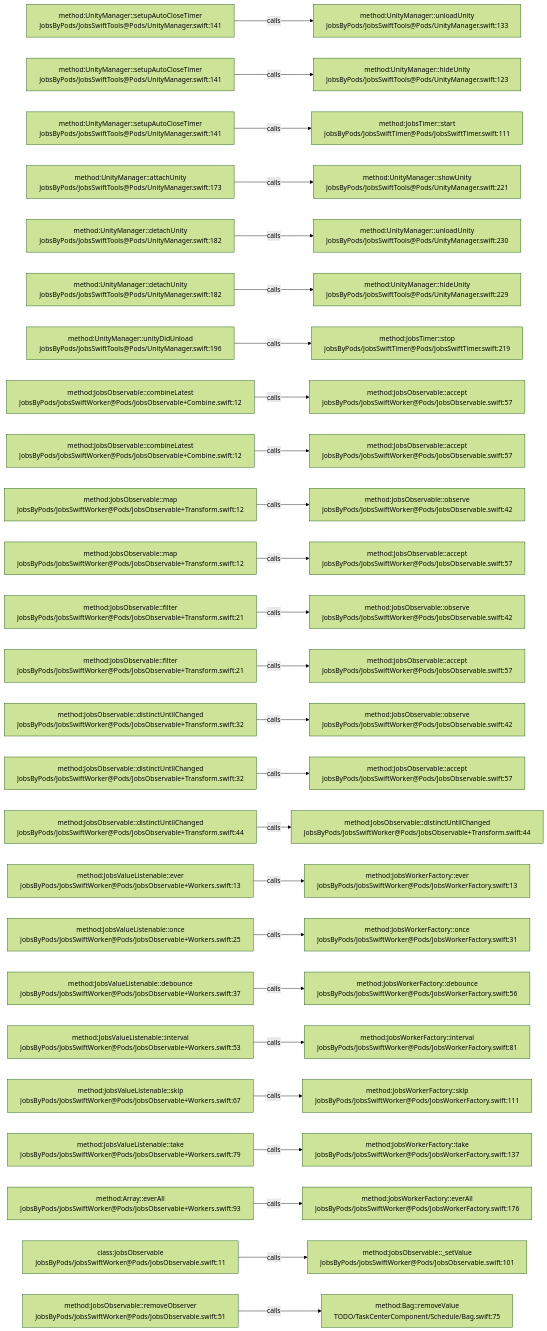
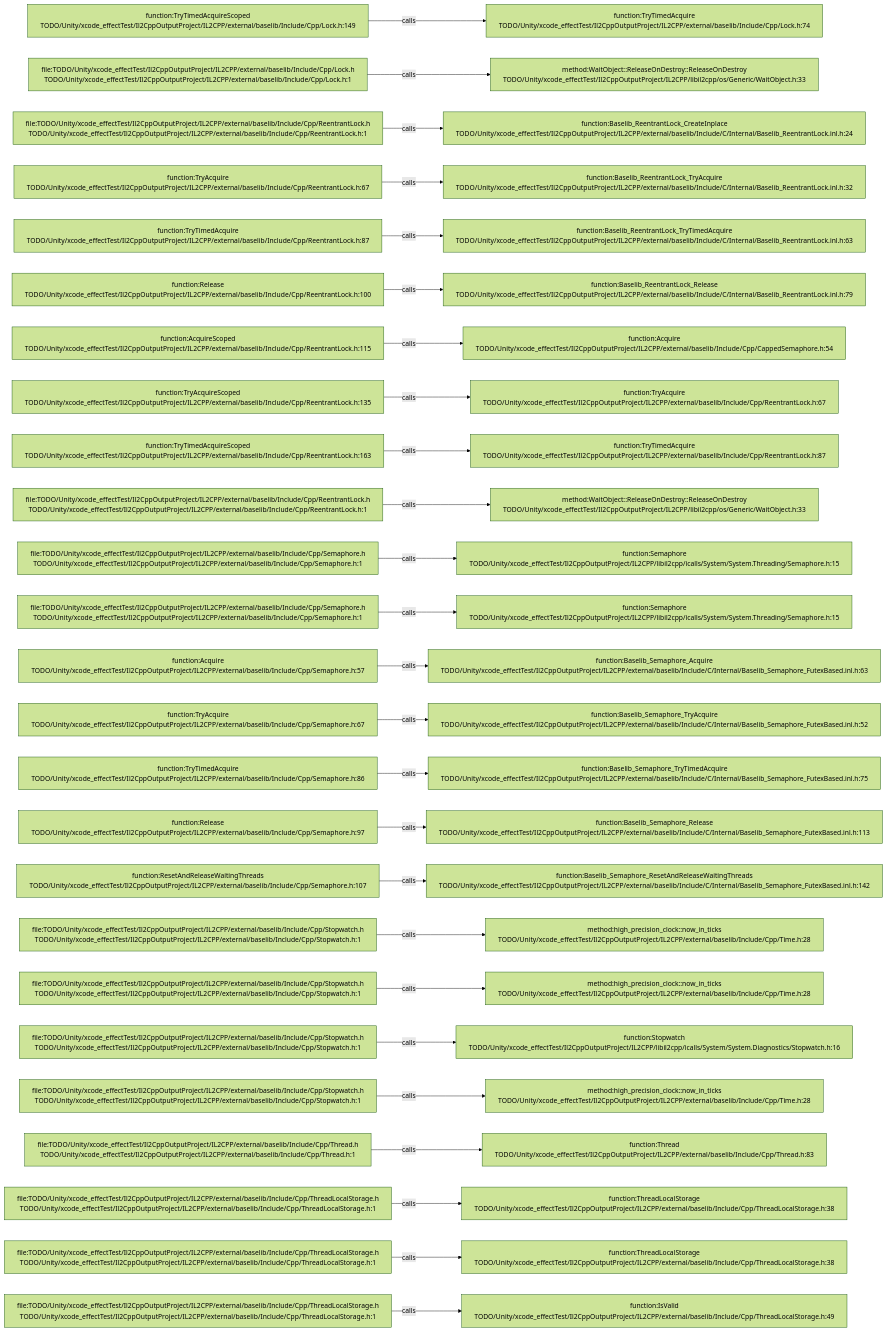
One commit to JobsKits/JobsSwiftBaseConfigDemo changed the diagram in .codegraph/codegraph.md/graphs/calls-068.md. Above: the diagram before and after it, drawn with Mermaid (forest theme). The commit also changed 227 other files, not shown here.

````diff
--- a/.codegraph/codegraph.md/graphs/calls-068.md
+++ b/.codegraph/codegraph.md/graphs/calls-068.md
@@ -13,78 +13,78 @@
 ```mermaid
 flowchart LR
-  S1["method:UnityManager::setupAutoCloseTimer<br/>JobsByPods/JobsSwiftTools@Pods/UnityManager.swift:141"]
-  T1["method:UnityManager::unloadUnity<br/>JobsByPods/JobsSwiftTools@Pods/UnityManager.swift:133"]
+  S1["function:TryTimedAcquireScoped<br/>TODO/Unity/xcode_effectTest/Il2CppOutputProject/IL2CPP/external/baselib/Include/Cpp/Lock.h:149"]
+  T1["function:TryTimedAcquire<br/>TODO/Unity/xcode_effectTest/Il2CppOutputProject/IL2CPP/external/baselib/Include/Cpp/Lock.h:74"]
   S1 -->|calls| T1
-  S2["method:UnityManager::setupAutoCloseTimer<br/>JobsByPods/JobsSwiftTools@Pods/UnityManager.swift:141"]
-  T2["method:UnityManager::hideUnity<br/>JobsByPods/JobsSwiftTools@Pods/UnityManager.swift:123"]
+  S2["file:TODO/Unity/xcode_effectTest/Il2CppOutputProject/IL2CPP/external/baselib/Include/Cpp/Lock.h<br/>TODO/Unity/xcode_effectTest/Il2CppOutputProject/IL2CPP/external/baselib/Include/Cpp/Lock.h:1"]
+  T2["method:WaitObject::ReleaseOnDestroy::ReleaseOnDestroy<br/>TODO/Unity/xcode_effectTest/Il2CppOutputProject/IL2CPP/libil2cpp/os/Generic/WaitObject.h:33"]
   S2 -->|calls| T2
-  S3["method:UnityManager::setupAutoCloseTimer<br/>JobsByPods/JobsSwiftTools@Pods/UnityManager.swift:141"]
-  T3["method:JobsTimer::start<br/>JobsByPods/JobsSwiftTimer@Pods/JobsSwiftTimer.swift:111"]
+  S3["file:TODO/Unity/xcode_effectTest/Il2CppOutputProject/IL2CPP/external/baselib/Include/Cpp/ReentrantLock.h<br/>TODO/Unity/xcode_effectTest/Il2CppOutputProject/IL2CPP/external/baselib/Include/Cpp/ReentrantLock.h:1"]
+  T3["function:Baselib_ReentrantLock_CreateInplace<br/>TODO/Unity/xcode_effectTest/Il2CppOutputProject/IL2CPP/external/baselib/Include/C/Internal/Baselib_ReentrantLock.inl.h:24"]
   S3 -->|calls| T3
-  S4["method:UnityManager::attachUnity<br/>JobsByPods/JobsSwiftTools@Pods/UnityManager.swift:173"]
-  T4["method:UnityManager::showUnity<br/>JobsByPods/JobsSwiftTools@Pods/UnityManager.swift:221"]
+  S4["function:TryAcquire<br/>TODO/Unity/xcode_effectTest/Il2CppOutputProject/IL2CPP/external/baselib/Include/Cpp/ReentrantLock.h:67"]
+  T4["function:Baselib_ReentrantLock_TryAcquire<br/>TODO/Unity/xcode_effectTest/Il2CppOutputProject/IL2CPP/external/baselib/Include/C/Internal/Baselib_ReentrantLock.inl.h:32"]
   S4 -->|calls| T4
-  S5["method:UnityManager::detachUnity<br/>JobsByPods/JobsSwiftTools@Pods/UnityManager.swift:182"]
-  T5["method:UnityManager::unloadUnity<br/>JobsByPods/JobsSwiftTools@Pods/UnityManager.swift:230"]
+  S5["function:TryTimedAcquire<br/>TODO/Unity/xcode_effectTest/Il2CppOutputProject/IL2CPP/external/baselib/Include/Cpp/ReentrantLock.h:87"]
+  T5["function:Baselib_ReentrantLock_TryTimedAcquire<br/>TODO/Unity/xcode_effectTest/Il2CppOutputProject/IL2CPP/external/baselib/Include/C/Internal/Baselib_ReentrantLock.inl.h:63"]
   S5 -->|calls| T5
-  S6["method:UnityManager::detachUnity<br/>JobsByPods/JobsSwiftTools@Pods/UnityManager.swift:182"]
-  T6["method:UnityManager::hideUnity<br/>JobsByPods/JobsSwiftTools@Pods/UnityManager.swift:229"]
+  S6["function:Release<br/>TODO/Unity/xcode_effectTest/Il2CppOutputProject/IL2CPP/external/baselib/Include/Cpp/ReentrantLock.h:100"]
+  T6["function:Baselib_ReentrantLock_Release<br/>TODO/Unity/xcode_effectTest/Il2CppOutputProject/IL2CPP/external/baselib/Include/C/Internal/Baselib_ReentrantLock.inl.h:79"]
   S6 -->|calls| T6
-  S7["method:UnityManager::unityDidUnload<br/>JobsByPods/JobsSwiftTools@Pods/UnityManager.swift:196"]
-  T7["method:JobsTimer::stop<br/>JobsByPods/JobsSwiftTimer@Pods/JobsSwiftTimer.swift:219"]
+  S7["function:AcquireScoped<br/>TODO/Unity/xcode_effectTest/Il2CppOutputProject/IL2CPP/external/baselib/Include/Cpp/ReentrantLock.h:115"]
+  T7["function:Acquire<br/>TODO/Unity/xcode_effectTest/Il2CppOutputProject/IL2CPP/external/baselib/Include/Cpp/CappedSemaphore.h:54"]
   S7 -->|calls| T7
-  S8["method:JobsObservable::combineLatest<br/>JobsByPods/JobsSwiftWorker@Pods/JobsObservable+Combine.swift:12"]
-  T8["method:JobsObservable::accept<br/>JobsByPods/JobsSwiftWorker@Pods/JobsObservable.swift:57"]
+  S8["function:TryAcquireScoped<br/>TODO/Unity/xcode_effectTest/Il2CppOutputProject/IL2CPP/external/baselib/Include/Cpp/ReentrantLock.h:135"]
+  T8["function:TryAcquire<br/>TODO/Unity/xcode_effectTest/Il2CppOutputProject/IL2CPP/external/baselib/Include/Cpp/ReentrantLock.h:67"]
   S8 -->|calls| T8
-  S9["method:JobsObservable::combineLatest<br/>JobsByPods/JobsSwiftWorker@Pods/JobsObservable+Combine.swift:12"]
-  T9["method:JobsObservable::accept<br/>JobsByPods/JobsSwiftWorker@Pods/JobsObservable.swift:57"]
+  S9["function:TryTimedAcquireScoped<br/>TODO/Unity/xcode_effectTest/Il2CppOutputProject/IL2CPP/external/baselib/Include/Cpp/ReentrantLock.h:163"]
+  T9["function:TryTimedAcquire<br/>TODO/Unity/xcode_effectTest/Il2CppOutputProject/IL2CPP/external/baselib/Include/Cpp/ReentrantLock.h:87"]
   S9 -->|calls| T9
-  S10["method:JobsObservable::map<br/>JobsByPods/JobsSwiftWorker@Pods/JobsObservable+Transform.swift:12"]
-  T10["method:JobsObservable::observe<br/>JobsByPods/JobsSwiftWorker@Pods/JobsObservable.swift:42"]
+  S10["file:TODO/Unity/xcode_effectTest/Il2CppOutputProject/IL2CPP/external/baselib/Include/Cpp/ReentrantLock.h<br/>TODO/Unity/xcode_effectTest/Il2CppOutputProject/IL2CPP/external/baselib/Include/Cpp/ReentrantLock.h:1"]
+  T10["method:WaitObject::ReleaseOnDestroy::ReleaseOnDestroy<br/>TODO/Unity/xcode_effectTest/Il2CppOutputProject/IL2CPP/libil2cpp/os/Generic/WaitObject.h:33"]
   S10 -->|calls| T10
-  S11["method:JobsObservable::map<br/>JobsByPods/JobsSwiftWorker@Pods/JobsObservable+Transform.swift:12"]
-  T11["method:JobsObservable::accept<br/>JobsByPods/JobsSwiftWorker@Pods/JobsObservable.swift:57"]
+  S11["file:TODO/Unity/xcode_effectTest/Il2CppOutputProject/IL2CPP/external/baselib/Include/Cpp/Semaphore.h<br/>TODO/Unity/xcode_effectTest/Il2CppOutputProject/IL2CPP/external/baselib/Include/Cpp/Semaphore.h:1"]
+  T11["function:Semaphore<br/>TODO/Unity/xcode_effectTest/Il2CppOutputProject/IL2CPP/libil2cpp/icalls/System/System.Threading/Semaphore.h:15"]
   S11 -->|calls| T11
-  S12["method:JobsObservable::filter<br/>JobsByPods/JobsSwiftWorker@Pods/JobsObservable+Transform.swift:21"]
-  T12["method:JobsObservable::observe<br/>JobsByPods/JobsSwiftWorker@Pods/JobsObservable.swift:42"]
+  S12["file:TODO/Unity/xcode_effectTest/Il2CppOutputProject/IL2CPP/external/baselib/Include/Cpp/Semaphore.h<br/>TODO/Unity/xcode_effectTest/Il2CppOutputProject/IL2CPP/external/baselib/Include/Cpp/Semaphore.h:1"]
+  T12["function:Semaphore<br/>TODO/Unity/xcode_effectTest/Il2CppOutputProject/IL2CPP/libil2cpp/icalls/System/System.Threading/Semaphore.h:15"]
   S12 -->|calls| T12
-  S13["method:JobsObservable::filter<br/>JobsByPods/JobsSwiftWorker@Pods/JobsObservable+Transform.swift:21"]
-  T13["method:JobsObservable::accept<br/>JobsByPods/JobsSwiftWorker@Pods/JobsObservable.swift:57"]
+  S13["function:Acquire<br/>TODO/Unity/xcode_effectTest/Il2CppOutputProject/IL2CPP/external/baselib/Include/Cpp/Semaphore.h:57"]
+  T13["function:Baselib_Semaphore_Acquire<br/>TODO/Unity/xcode_effectTest/Il2CppOutputProject/IL2CPP/external/baselib/Include/C/Internal/Baselib_Semaphore_FutexBased.inl.h:63"]
   S13 -->|calls| T13
-  S14["method:JobsObservable::distinctUntilChanged<br/>JobsByPods/JobsSwiftWorker@Pods/JobsObservable+Transform.swift:32"]
-  T14["method:JobsObservable::observe<br/>JobsByPods/JobsSwiftWorker@Pods/JobsObservable.swift:42"]
+  S14["function:TryAcquire<br/>TODO/Unity/xcode_effectTest/Il2CppOutputProject/IL2CPP/external/baselib/Include/Cpp/Semaphore.h:67"]
+  T14["function:Baselib_Semaphore_TryAcquire<br/>TODO/Unity/xcode_effectTest/Il2CppOutputProject/IL2CPP/external/baselib/Include/C/Internal/Baselib_Semaphore_FutexBased.inl.h:52"]
   S14 -->|calls| T14
-  S15["method:JobsObservable::distinctUntilChanged<br/>JobsByPods/JobsSwiftWorker@Pods/JobsObservable+Transform.swift:32"]
-  T15["method:JobsObservable::accept<br/>JobsByPods/JobsSwiftWorker@Pods/JobsObservable.swift:57"]
+  S15["function:TryTimedAcquire<br/>TODO/Unity/xcode_effectTest/Il2CppOutputProject/IL2CPP/external/baselib/Include/Cpp/Semaphore.h:86"]
+  T15["function:Baselib_Semaphore_TryTimedAcquire<br/>TODO/Unity/xcode_effectTest/Il2CppOutputProject/IL2CPP/external/baselib/Include/C/Internal/Baselib_Semaphore_FutexBased.inl.h:75"]
   S15 -->|calls| T15
-  S16["method:JobsObservable::distinctUntilChanged<br/>JobsByPods/JobsSwiftWorker@Pods/JobsObservable+Transform.swift:44"]
-  T16["method:JobsObservable::distinctUntilChanged<br/>JobsByPods/JobsSwiftWorker@Pods/JobsObservable+Transform.swift:44"]
+  S16["function:Release<br/>TODO/Unity/xcode_effectTest/Il2CppOutputProject/IL2CPP/external/baselib/Include/Cpp/Semaphore.h:97"]
+  T16["function:Baselib_Semaphore_Release<br/>TODO/Unity/xcode_effectTest/Il2CppOutputProject/IL2CPP/external/baselib/Include/C/Internal/Baselib_Semaphore_FutexBased.inl.h:113"]
   S16 -->|calls| T16
-  S17["method:JobsValueListenable::ever<br/>JobsByPods/JobsSwiftWorker@Pods/JobsObservable+Workers.swift:13"]
-  T17["method:JobsWorkerFactory::ever<br/>JobsByPods/JobsSwiftWorker@Pods/JobsWorkerFactory.swift:13"]
+  S17["function:ResetAndReleaseWaitingThreads<br/>TODO/Unity/xcode_effectTest/Il2CppOutputProject/IL2CPP/external/baselib/Include/Cpp/Semaphore.h:107"]
+  T17["function:Baselib_Semaphore_ResetAndReleaseWaitingThreads<br/>TODO/Unity/xcode_effectTest/Il2CppOutputProject/IL2CPP/external/baselib/Include/C/Internal/Baselib_Semaphore_FutexBased.inl.h:142"]
   S17 -->|calls| T17
-  S18["method:JobsValueListenable::once<br/>JobsByPods/JobsSwiftWorker@Pods/JobsObservable+Workers.swift:25"]
-  T18["method:JobsWorkerFactory::once<br/>JobsByPods/JobsSwiftWorker@Pods/JobsWorkerFactory.swift:31"]
+  S18["file:TODO/Unity/xcode_effectTest/Il2CppOutputProject/IL2CPP/external/baselib/Include/Cpp/Stopwatch.h<br/>TODO/Unity/xcode_effectTest/Il2CppOutputProject/IL2CPP/external/baselib/Include/Cpp/Stopwatch.h:1"]
+  T18["method:high_precision_clock::now_in_ticks<br/>TODO/Unity/xcode_effectTest/Il2CppOutputProject/IL2CPP/external/baselib/Include/Cpp/Time.h:28"]
   S18 -->|calls| T18
-  S19["method:JobsValueListenable::debounce<br/>JobsByPods/JobsSwiftWorker@Pods/JobsObservable+Workers.swift:37"]
-  T19["method:JobsWorkerFactory::debounce<br/>JobsByPods/JobsSwiftWorker@Pods/JobsWorkerFactory.swift:56"]
+  S19["file:TODO/Unity/xcode_effectTest/Il2CppOutputProject/IL2CPP/external/baselib/Include/Cpp/Stopwatch.h<br/>TODO/Unity/xcode_effectTest/Il2CppOutputProject/IL2CPP/external/baselib/Include/Cpp/Stopwatch.h:1"]
+  T19["method:high_precision_clock::now_in_ticks<br/>TODO/Unity/xcode_effectTest/Il2CppOutputProject/IL2CPP/external/baselib/Include/Cpp/Time.h:28"]
   S19 -->|calls| T19
-  S20["method:JobsValueListenable::interval<br/>JobsByPods/JobsSwiftWorker@Pods/JobsObservable+Workers.swift:53"]
-  T20["method:JobsWorkerFactory::interval<br/>JobsByPods/JobsSwiftWorker@Pods/JobsWorkerFactory.swift:81"]
+  S20["file:TODO/Unity/xcode_effectTest/Il2CppOutputProject/IL2CPP/external/baselib/Include/Cpp/Stopwatch.h<br/>TODO/Unity/xcode_effectTest/Il2CppOutputProject/IL2CPP/external/baselib/Include/Cpp/Stopwatch.h:1"]
+  T20["function:Stopwatch<br/>TODO/Unity/xcode_effectTest/Il2CppOutputProject/IL2CPP/libil2cpp/icalls/System/System.Diagnostics/Stopwatch.h:16"]
   S20 -->|calls| T20
-  S21["method:JobsValueListenable::skip<br/>JobsByPods/JobsSwiftWorker@Pods/JobsObservable+Workers.swift:67"]
-  T21["method:JobsWorkerFactory::skip<br/>JobsByPods/JobsSwiftWorker@Pods/JobsWorkerFactory.swift:111"]
+  S21["file:TODO/Unity/xcode_effectTest/Il2CppOutputProject/IL2CPP/external/baselib/Include/Cpp/Stopwatch.h<br/>TODO/Unity/xcode_effectTest/Il2CppOutputProject/IL2CPP/external/baselib/Include/Cpp/Stopwatch.h:1"]
+  T21["method:high_precision_clock::now_in_ticks<br/>TODO/Unity/xcode_effectTest/Il2CppOutputProject/IL2CPP/external/baselib/Include/Cpp/Time.h:28"]
   S21 -->|calls| T21
-  S22["method:JobsValueListenable::take<br/>JobsByPods/JobsSwiftWorker@Pods/JobsObservable+Workers.swift:79"]
-  T22["method:JobsWorkerFactory::take<br/>JobsByPods/JobsSwiftWorker@Pods/JobsWorkerFactory.swift:137"]
+  S22["file:TODO/Unity/xcode_effectTest/Il2CppOutputProject/IL2CPP/external/baselib/Include/Cpp/Thread.h<br/>TODO/Unity/xcode_effectTest/Il2CppOutputProject/IL2CPP/external/baselib/Include/Cpp/Thread.h:1"]
+  T22["function:Thread<br/>TODO/Unity/xcode_effectTest/Il2CppOutputProject/IL2CPP/external/baselib/Include/Cpp/Thread.h:83"]
   S22 -->|calls| T22
-  S23["method:Array::everAll<br/>JobsByPods/JobsSwiftWorker@Pods/JobsObservable+Workers.swift:93"]
-  T23["method:JobsWorkerFactory::everAll<br/>JobsByPods/JobsSwiftWorker@Pods/JobsWorkerFactory.swift:176"]
+  S23["file:TODO/Unity/xcode_effectTest/Il2CppOutputProject/IL2CPP/external/baselib/Include/Cpp/ThreadLocalStorage.h<br/>TODO/Unity/xcode_effectTest/Il2CppOutputProject/IL2CPP/external/baselib/Include/Cpp/ThreadLocalStorage.h:1"]
+  T23["function:ThreadLocalStorage<br/>TODO/Unity/xcode_effectTest/Il2CppOutputProject/IL2CPP/external/baselib/Include/Cpp/ThreadLocalStorage.h:38"]
   S23 -->|calls| T23
-  S24["class:JobsObservable<br/>JobsByPods/JobsSwiftWorker@Pods/JobsObservable.swift:11"]
-  T24["method:JobsObservable::_setValue<br/>JobsByPods/JobsSwiftWorker@Pods/JobsObservable.swift:101"]
+  S24["file:TODO/Unity/xcode_effectTest/Il2CppOutputProject/IL2CPP/external/baselib/Include/Cpp/ThreadLocalStorage.h<br/>TODO/Unity/xcode_effectTest/Il2CppOutputProject/IL2CPP/external/baselib/Include/Cpp/ThreadLocalStorage.h:1"]
+  T24["function:ThreadLocalStorage<br/>TODO/Unity/xcode_effectTest/Il2CppOutputProject/IL2CPP/external/baselib/Include/Cpp/ThreadLocalStorage.h:38"]
   S24 -->|calls| T24
-  S25["method:JobsObservable::removeObserver<br/>JobsByPods/JobsSwiftWorker@Pods/JobsObservable.swift:51"]
-  T25["method:Bag::removeValue<br/>TODO/TaskCenterComponent/Schedule/Bag.swift:75"]
+  S25["file:TODO/Unity/xcode_effectTest/Il2CppOutputProject/IL2CPP/external/baselib/Include/Cpp/ThreadLocalStorage.h<br/>TODO/Unity/xcode_effectTest/Il2CppOutputProject/IL2CPP/external/baselib/Include/Cpp/ThreadLocalStorage.h:1"]
+  T25["function:IsValid<br/>TODO/Unity/xcode_effectTest/Il2CppOutputProject/IL2CPP/external/baselib/Include/Cpp/ThreadLocalStorage.h:49"]
   S25 -->|calls| T25
 ```
````
